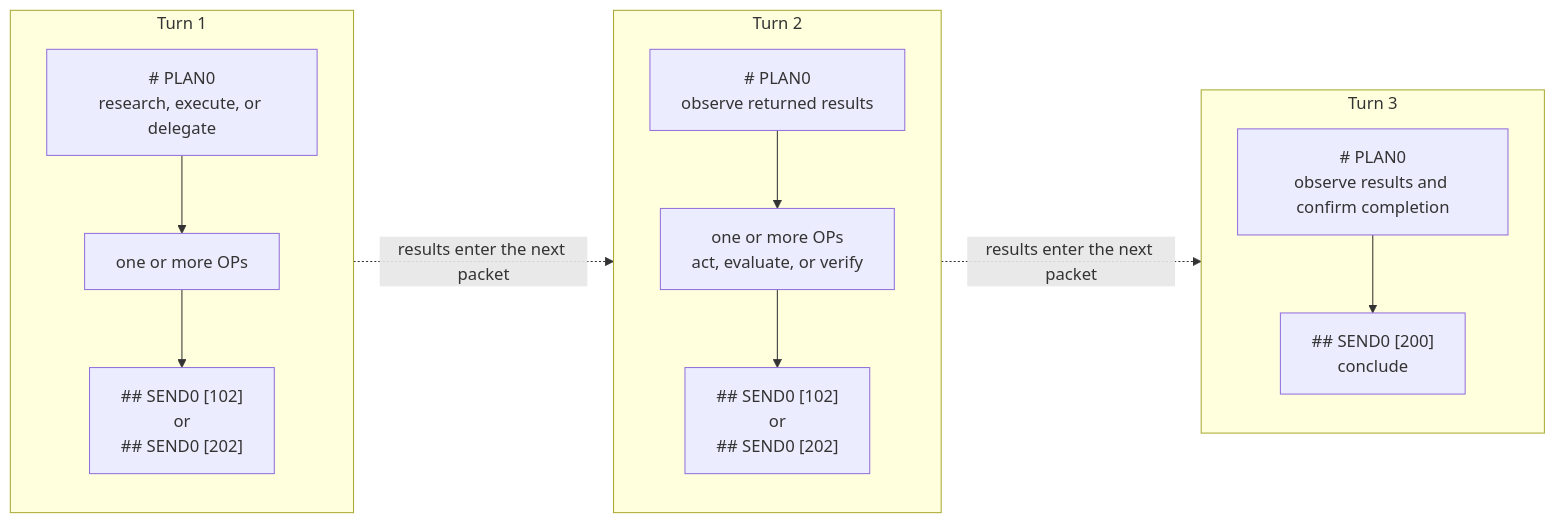
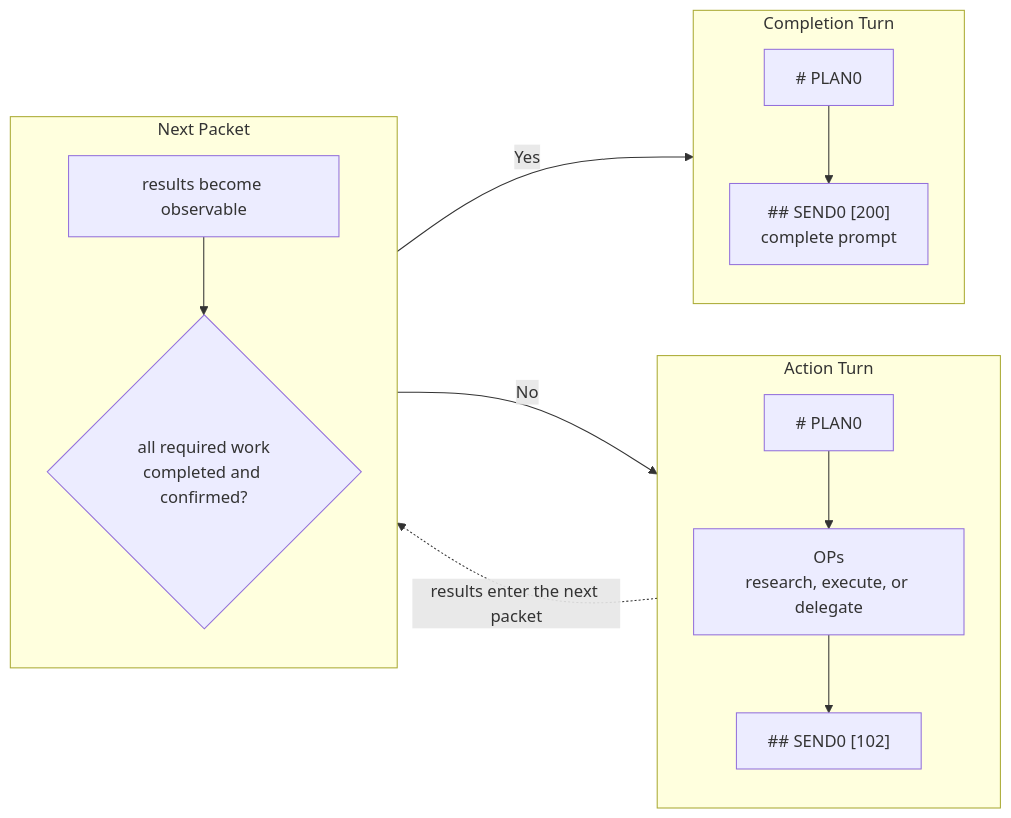
The first of 2 diagrams in plurnk-contracts/plurnk.md (plurnk/plurnk-service), drawn with Mermaid before and after one commit. The commit also changed other lines of this file, not shown here.

Commit message:
docs(contracts): clarify turn result workflow

````diff
--- a/plurnk-contracts/plurnk.md
+++ b/plurnk-contracts/plurnk.md
@@ -35,28 +35,28 @@
 ```mermaid
 flowchart LR
-    subgraph T1["Turn 1"]
+    subgraph T1["Action Turn"]
         direction TB
-        A1["# PLAN0<br>research, execute, or delegate"]
-        A2["one or more OPs"]
-        A3["## SEND0 [102]<br>or<br>## SEND0 [202]"]
+        A1["# PLAN0"]
+        A2["OPs<br>research, execute, or delegate"]
+        A3["## SEND0 [102]"]
         A1 --> A2 --> A3
     end
 
-    subgraph T2["Turn 2"]
+    subgraph T2["Next Packet"]
         direction TB
-        B1["# PLAN0<br>observe returned results"]
-        B2["one or more OPs<br>act, evaluate, or verify"]
-        B3["## SEND0 [102]<br>or<br>## SEND0 [202]"]
-        B1 --> B2 --> B3
+        B1["results become observable"]
+        B2{"all required work<br>completed and confirmed?"}
+        B1 --> B2
     end
 
-    subgraph T3["Turn 3"]
+    subgraph T3["Completion Turn"]
         direction TB
-        C1["# PLAN0<br>observe results and confirm completion"]
-        C2["## SEND0 [200]<br>conclude"]
+        C1["# PLAN0"]
+        C2["## SEND0 [200]<br>complete prompt"]
         C1 --> C2
     end
 
-    T1 -. "results enter the next packet" .-> T2
-    T2 -. "results enter the next packet" .-> T3
+    A3 -. "results enter the next packet" .-> B1
+    B2 -- No --> A1
+    B2 -- Yes --> C1
 ```
````
